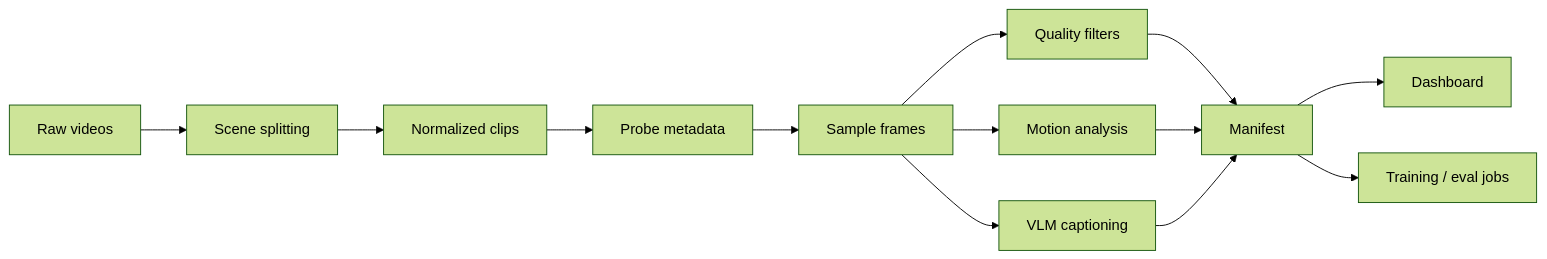
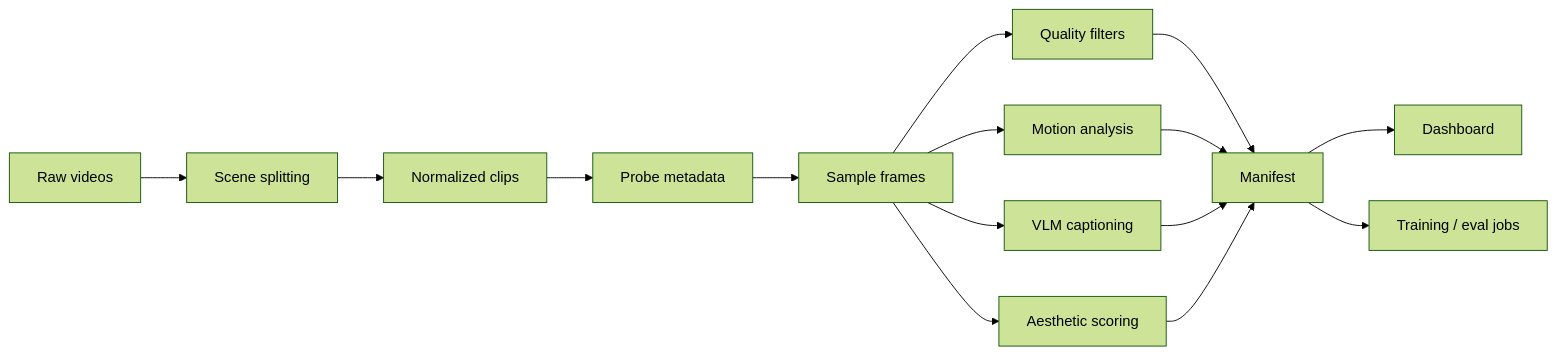
Before and after one commit to karatarassul4-max/video-dataset-factory: the diagram in README.md, drawn with Mermaid (forest theme). The commit also changed other lines of this file, not shown here.

Commit message:
Document aesthetic scoring adapter

````diff
--- a/README.md
+++ b/README.md
@@ -41,15 +42,17 @@
 ```mermaid
 flowchart LR
     A[Raw videos] --> B[Scene splitting]
     B --> C[Normalized clips]
     C --> D[Probe metadata]
     D --> E[Sample frames]
     E --> F[Quality filters]
     E --> G[Motion analysis]
     E --> H[VLM captioning]
+    E --> L[Aesthetic scoring]
     F --> I[Manifest]
     G --> I
     H --> I
+    L --> I
     I --> J[Dashboard]
     I --> K[Training / eval jobs]
 ```
````
